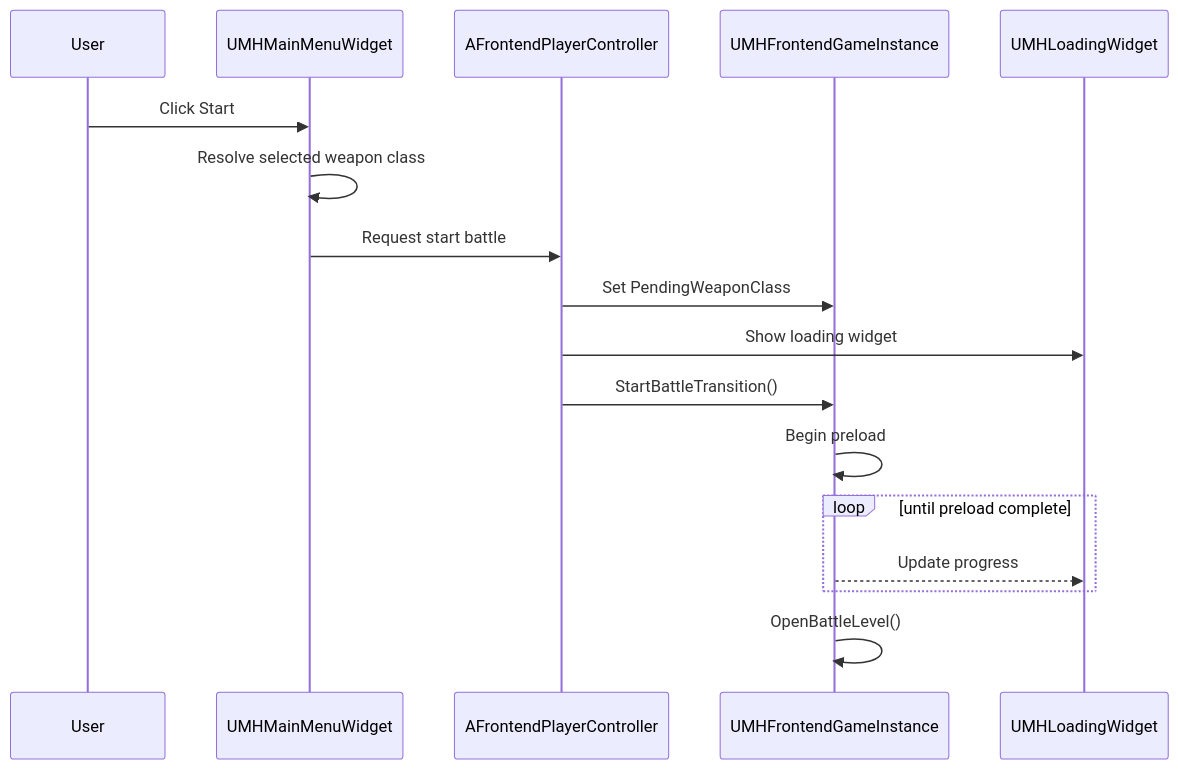
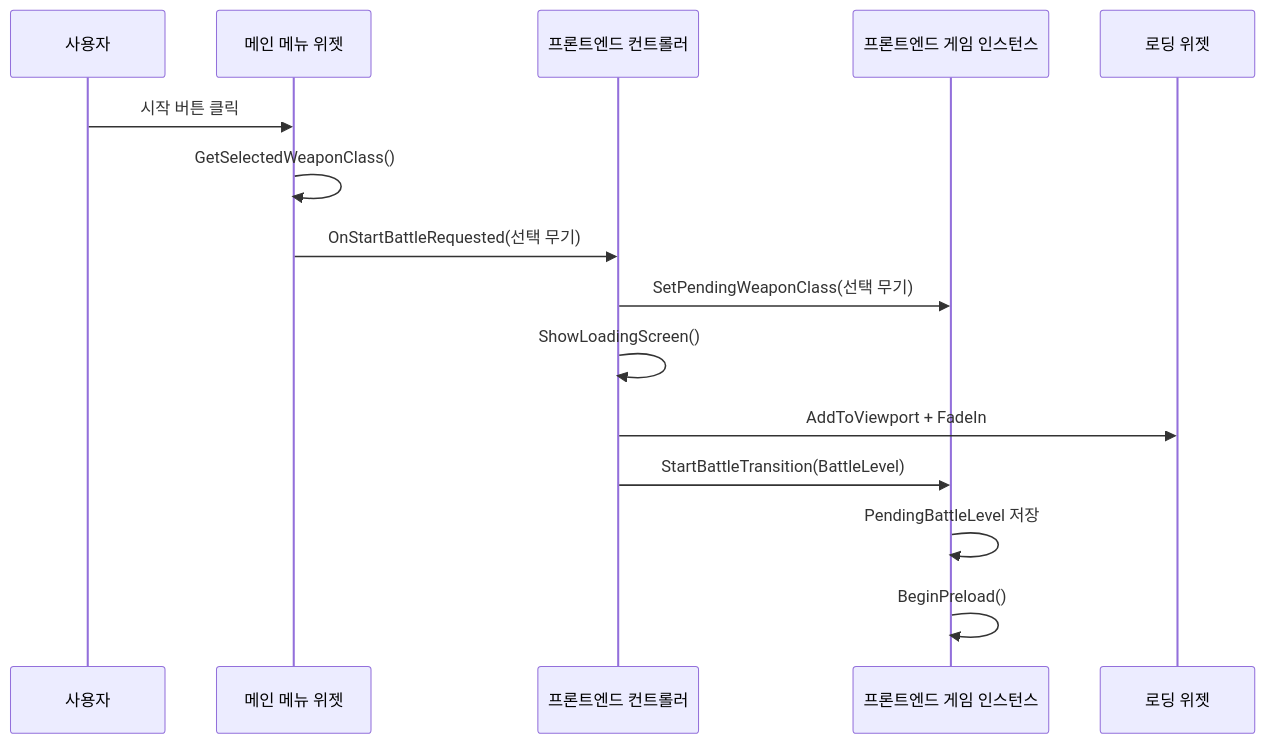
The third of 7 diagrams in Docs/Frontend_Menu_Loading_UML.md (Username-YMIR/ProjectMHW), drawn with Mermaid before and after one commit. The commit also changed other lines of this file and 13 other files, not shown here.

````diff
--- a/Docs/Frontend_Menu_Loading_UML.md
+++ b/Docs/Frontend_Menu_Loading_UML.md
@@ -108,20 +130,18 @@
 ```mermaid
 sequenceDiagram
-    participant User
-    participant Menu as UMHMainMenuWidget
-    participant PC as AFrontendPlayerController
-    participant GI as UMHFrontendGameInstance
-    participant Loading as UMHLoadingWidget
+    participant User as 사용자
+    participant Menu as 메인 메뉴 위젯
+    participant PC as 프론트엔드 컨트롤러
+    participant GI as 프론트엔드 게임 인스턴스
+    participant Loading as 로딩 위젯
 
-    User->>Menu: Click Start
-    Menu->>Menu: Resolve selected weapon class
-    Menu->>PC: Request start battle
-    PC->>GI: Set PendingWeaponClass
-    PC->>Loading: Show loading widget
-    PC->>GI: StartBattleTransition()
-    GI->>GI: Begin preload
-    loop until preload complete
-        GI-->>Loading: Update progress
-    end
-    GI->>GI: OpenBattleLevel()
+    User->>Menu: 시작 버튼 클릭
+    Menu->>Menu: GetSelectedWeaponClass()
+    Menu->>PC: OnStartBattleRequested(선택 무기)
+    PC->>GI: SetPendingWeaponClass(선택 무기)
+    PC->>PC: ShowLoadingScreen()
+    PC->>Loading: AddToViewport + FadeIn
+    PC->>GI: StartBattleTransition(BattleLevel)
+    GI->>GI: PendingBattleLevel 저장
+    GI->>GI: BeginPreload()
 ```
````
